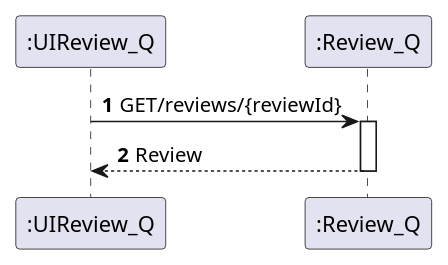
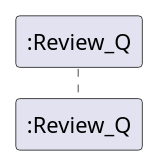
One commit to 1201441BrunoPereira/Trabalho2Reviews changed the diagram in Review1_Q/Documentação/N2/GetByReviewID.puml. Above: the diagram before and after it, drawn with PlantUML. The commit also changed 8 other files, not shown here.

Commit message:
Atualização Diagramas

```diff
--- a/Review1_Q/Documentação/N2/GetByReviewID.puml
+++ b/Review1_Q/Documentação/N2/GetByReviewID.puml
@@ -1,15 +1,9 @@
 @startuml
 'https://plantuml.com/sequence-diagram
 
 autoactivate on
 autonumber
 
-participant ":UIReview_Q" as rev
-participant ":Review_Q" as rev1
-
-
-
-rev -> rev1: GET/reviews/{reviewId}
-rev1 --> rev: Review
+participant ":Review_Q" as rev
 
 @enduml
```
